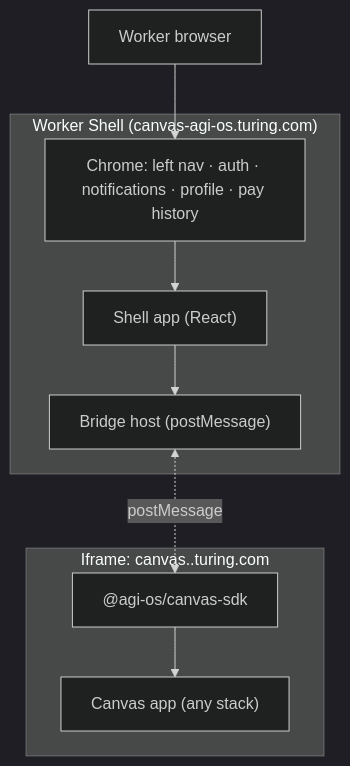
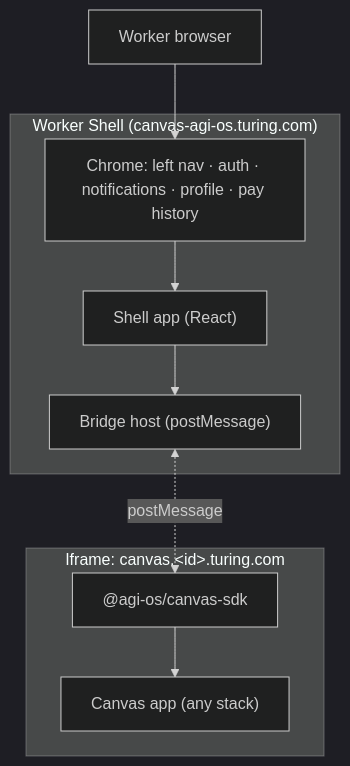
The first of 5 diagrams in AGIOS_PLATFORM/CANVAS_SDK.md (ashutosh-turing/turing-platform-design-doc), drawn with Mermaid (dark theme) before and after one commit. The commit also changed other lines of this file and 6 other files, not shown here.

````diff
--- a/AGIOS_PLATFORM/CANVAS_SDK.md
+++ b/AGIOS_PLATFORM/CANVAS_SDK.md
@@ -36,18 +36,18 @@
 ```mermaid
 flowchart TB
     Worker[Worker browser]
     subgraph Shell["Worker Shell (canvas-agi-os.turing.com)"]
         Chrome["Chrome: left nav · auth · notifications · profile · pay history"]
         ShellApp["Shell app (React)"]
         BridgeHost["Bridge host (postMessage)"]
     end
-    subgraph Iframe["Iframe: canvas.<id>.turing.com"]
+    subgraph Iframe["Iframe: canvas.&lt;id&gt;.turing.com"]
         CanvasApp["Canvas app (any stack)"]
         BridgeClient["@agi-os/canvas-sdk"]
     end
     Worker --> Chrome
     Chrome --> ShellApp
     ShellApp --> BridgeHost
     BridgeHost <-. postMessage .-> BridgeClient
     BridgeClient --> CanvasApp
 ```
````
